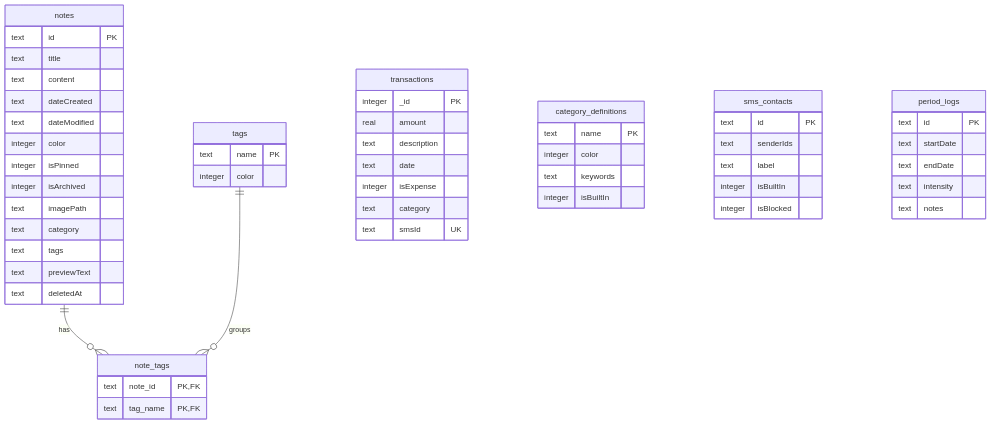
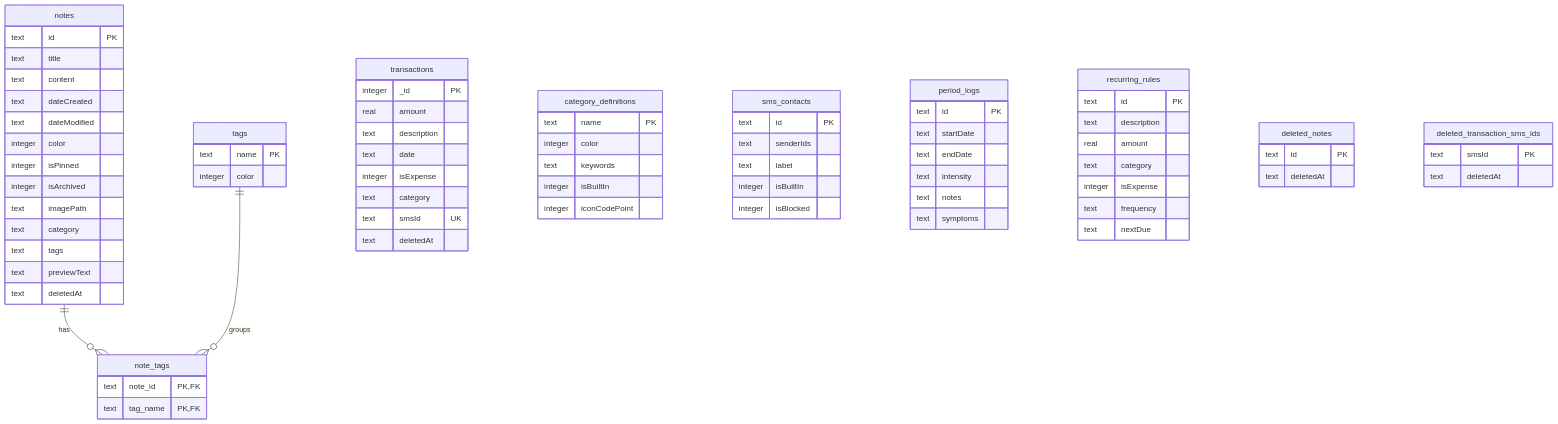
One commit to SaadhJawwadh/Note-taking changed the first of 2 diagrams in .agent/map.md. Above: the diagram before and after it, drawn with Mermaid. The commit also changed 14 other files, not shown here.

````diff
--- a/.agent/map.md
+++ b/.agent/map.md
@@ -243,58 +243,78 @@
 ```mermaid
 erDiagram
     notes {
         text id PK
         text title
         text content
         text dateCreated
         text dateModified
         integer color
         integer isPinned
         integer isArchived
         text imagePath
         text category
         text tags
         text previewText
         text deletedAt
     }
     tags {
         text name PK
         integer color
     }
     note_tags {
         text note_id PK, FK
         text tag_name PK, FK
     }
     transactions {
         integer _id PK
         real amount
         text description
         text date
         integer isExpense
         text category
         text smsId UK
+        text deletedAt
     }
     category_definitions {
         text name PK
         integer color
         text keywords
         integer isBuiltIn
+        integer iconCodePoint
     }
     sms_contacts {
         text id PK
         text senderIds
         text label
         integer isBuiltIn
         integer isBlocked
     }
     period_logs {
         text id PK
         text startDate
         text endDate
         text intensity
         text notes
+        text symptoms
+    }
+    recurring_rules {
+        text id PK
+        text description
+        real amount
+        text category
+        integer isExpense
+        text frequency
+        text nextDue
+    }
+    deleted_notes {
+        text id PK
+        text deletedAt
+    }
+    deleted_transaction_sms_ids {
+        text smsId PK
+        text deletedAt
     }
 
     notes ||--o{ note_tags : "has"
     tags ||--o{ note_tags : "groups"
 ```
````
